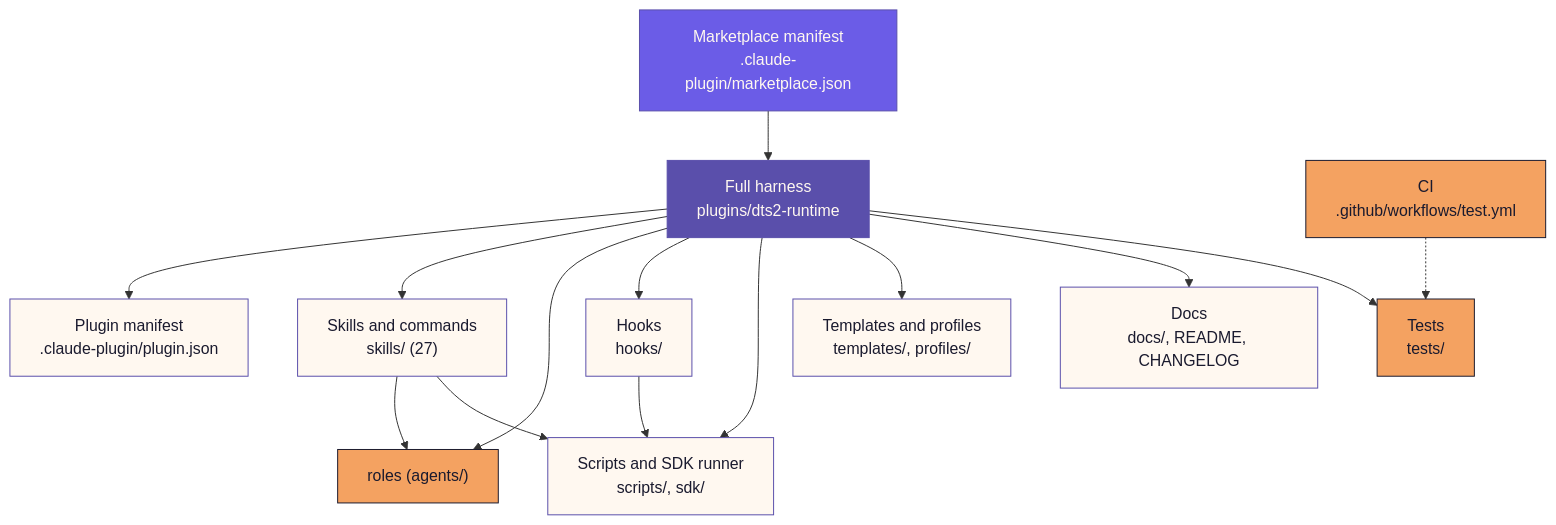
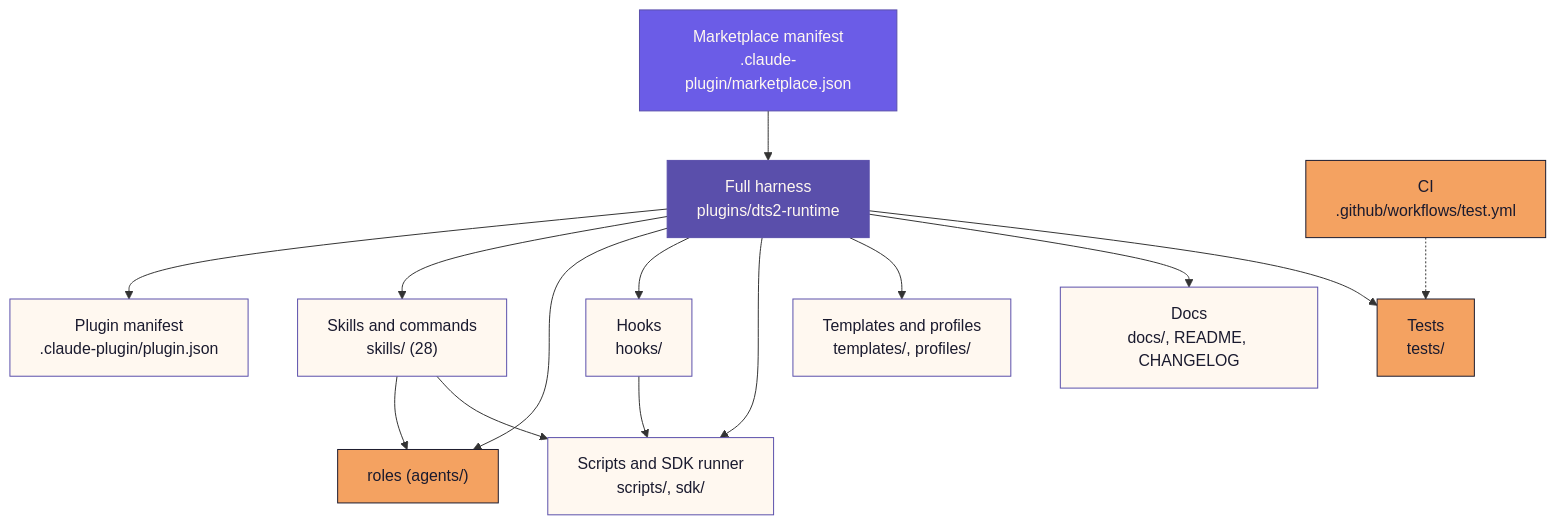
One commit to Dobeu-tech-eco/dts2-marketplace changed the diagram in README.md. Above: the diagram before and after it, drawn with Mermaid. The commit also changed other lines of this file and 48 other files, not shown here.

````diff
--- a/README.md
+++ b/README.md
@@ -60,25 +60,25 @@
 ```mermaid
 flowchart TD
     M["Marketplace manifest<br/>.claude-plugin/marketplace.json"] --> P["Full harness<br/>plugins/dts2-runtime"]
     P --> PJ["Plugin manifest<br/>.claude-plugin/plugin.json"]
-    P --> SK["Skills and commands<br/>skills/ (27)"]
+    P --> SK["Skills and commands<br/>skills/ (28)"]
     P --> AG["roles (agents/)"]
     P --> HK["Hooks<br/>hooks/"]
     P --> SC["Scripts and SDK runner<br/>scripts/, sdk/"]
     P --> TP["Templates and profiles<br/>templates/, profiles/"]
     P --> DC["Docs<br/>docs/, README, CHANGELOG"]
     P --> TS["Tests<br/>tests/"]
     CI["CI<br/>.github/workflows/test.yml"] -.-> TS
     SK --> AG
     SK --> SC
     HK --> SC
 
     classDef brand fill:#6B5CE7,stroke:#5A4FAB,color:#FFF8F0
     classDef plugin fill:#5A4FAB,stroke:#5A4FAB,color:#FFF8F0
     classDef part fill:#FFF8F0,stroke:#5A4FAB,color:#1A1A2E
     classDef accent fill:#F4A261,stroke:#1A1A2E,color:#1A1A2E
     class M brand
     class P plugin
     class PJ,SK,HK,SC,TP,DC part
     class AG,TS,CI accent
 ```
````
